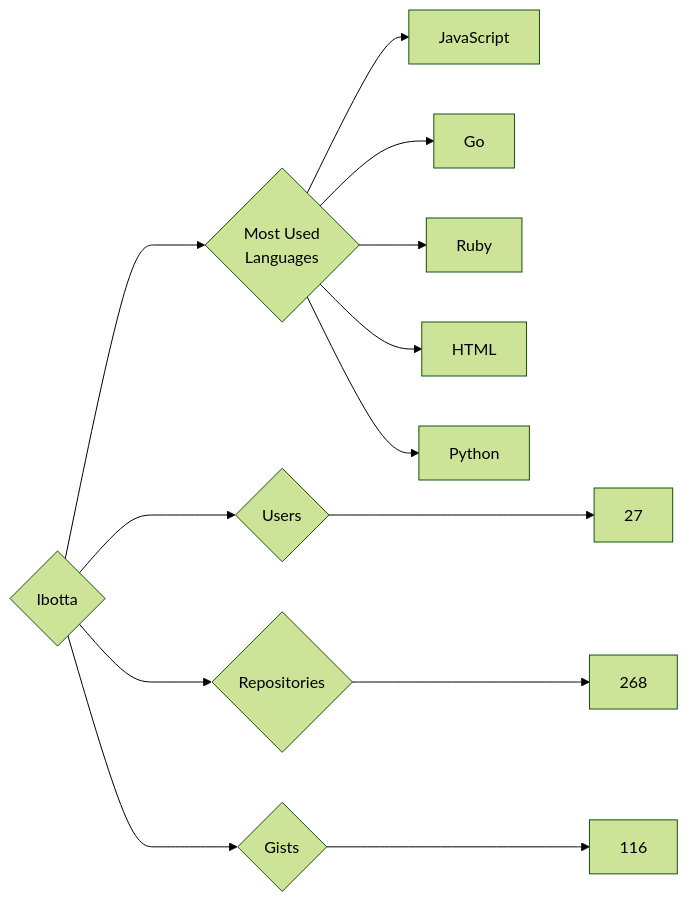
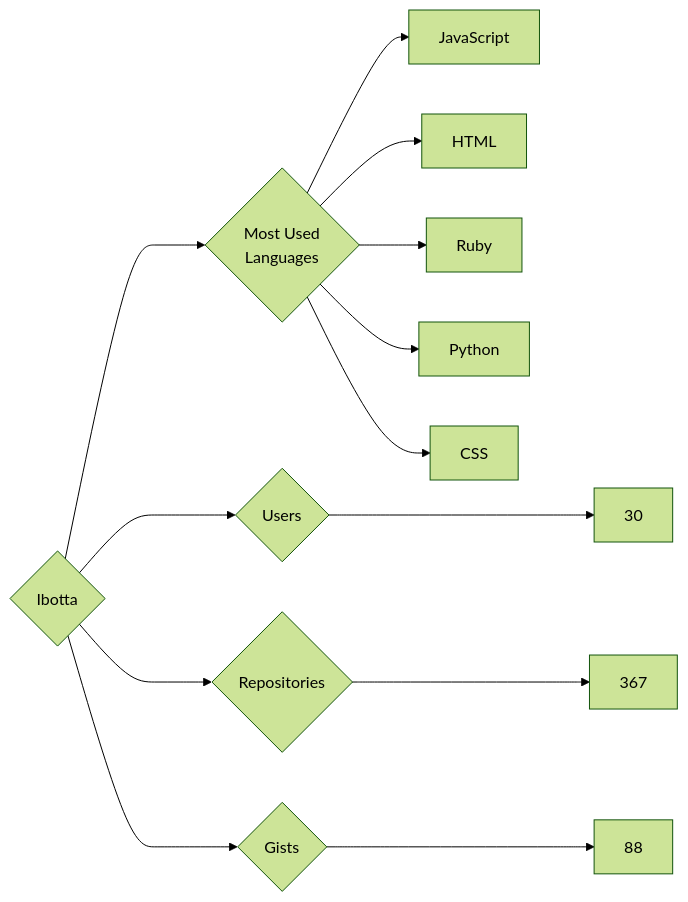
Before and after one commit to trickest/insiders: the diagram in targets/Ibotta/README.md, drawn with Mermaid (forest theme). The commit also changed 914 other files, not shown here.

````diff
--- a/targets/Ibotta/README.md
+++ b/targets/Ibotta/README.md
@@ -3,13 +3,13 @@
 ```mermaid
 graph LR
 COMPANY_NAME{Ibotta}
-COMPANY_NAME ---> U{Users} ---> UN[27]
-COMPANY_NAME ---> R{Repositories} ---> RN[268]
-COMPANY_NAME ---> G{Gists} ---> GN[116]
+COMPANY_NAME ---> U{Users} ---> UN[30]
+COMPANY_NAME ---> R{Repositories} ---> RN[367]
+COMPANY_NAME ---> G{Gists} ---> GN[88]
 COMPANY_NAME ---> ML{Most Used<br>Languages}
 ML --> JavaScript[JavaScript]
-ML --> Go[Go]
+ML --> HTML[HTML]
 ML --> Ruby[Ruby]
-ML --> HTML[HTML]
 ML --> Python[Python]
+ML --> CSS[CSS]
 ```
````
